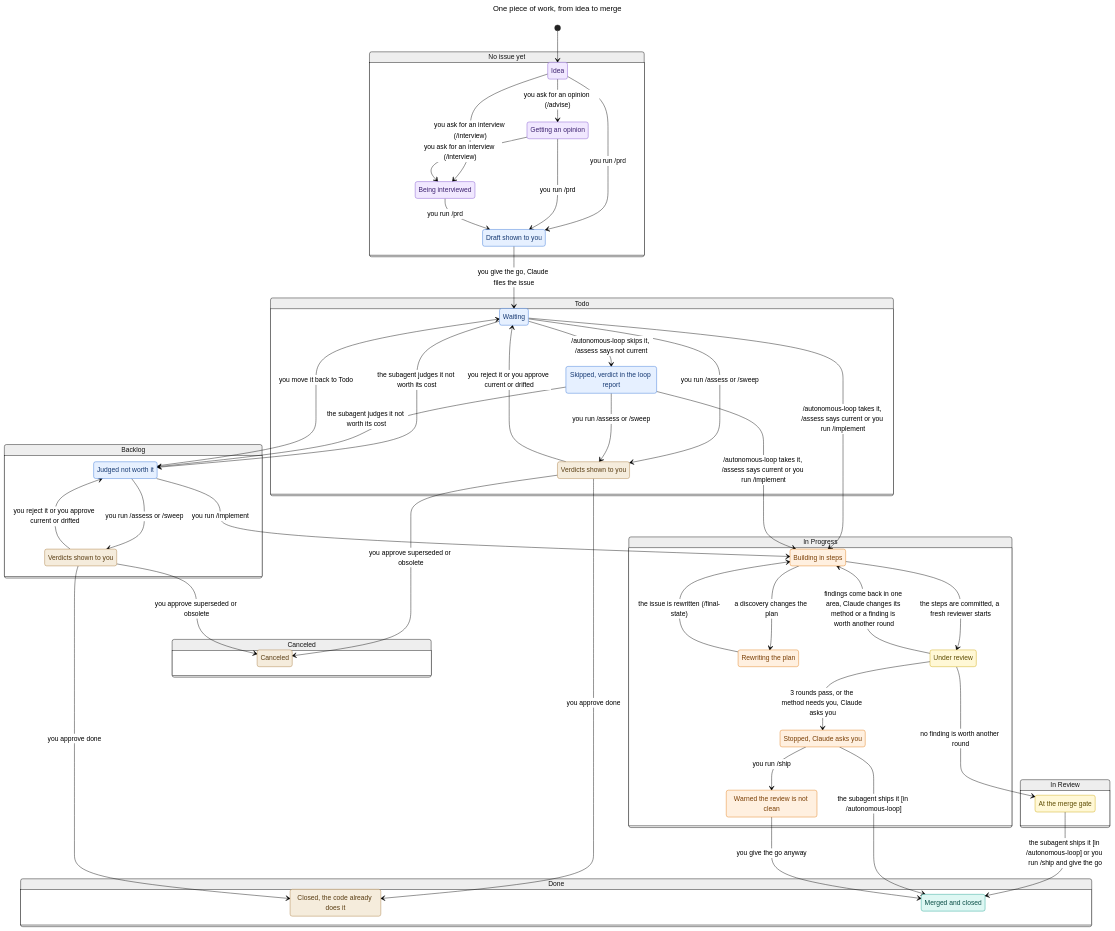
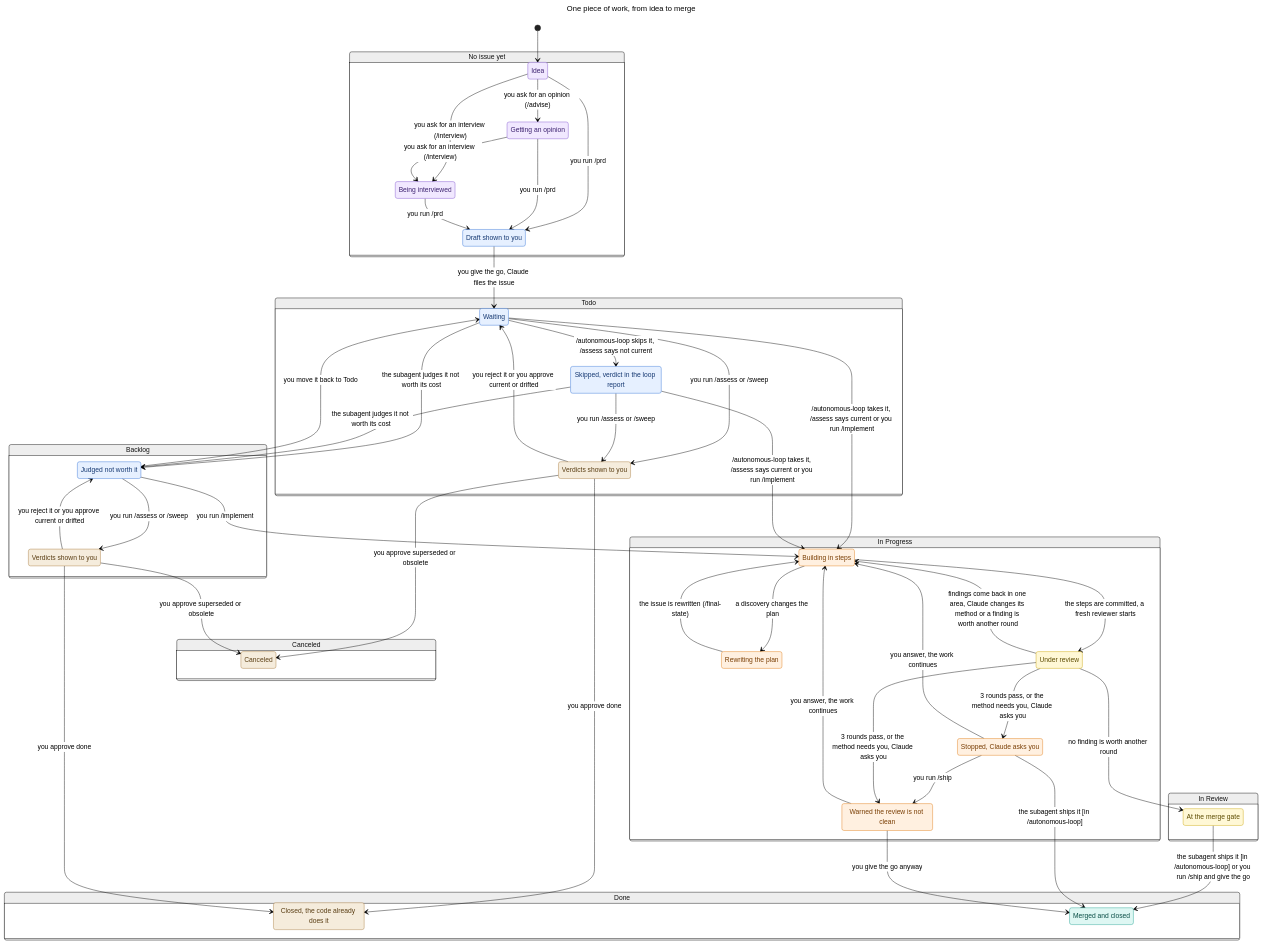
The second of 2 diagrams in README.md (felipeam86/pipe-skills), drawn with Mermaid (neutral theme) before and after one commit. The commit also changed other lines of this file and 2 other files, not shown here.

Commit message:
GH-10: Show in the chart that the work continues after you answer
Review round 2 found that the stop where Claude asks the user had no path back to building, so an answer such as "use method X" could only lead to ship. The model now has the transition "you answer, the work continues" from the stop, in manual mode.

Validation: TLC holds every rule and finds no deadlock on Lifecycle.cfg and Lifecycle-main.cfg. Both charts changed: a new edge from the stop back to building, and in the full chart also from the warned state, and an edge from review to the warned state after such a return. Both charts in README.md equal the TLC output, with the README colors. No skill text changed.

```diff
--- a/README.md
+++ b/README.md
@@ -182,14 +183,17 @@
   s17 --> s21: you approve done
   s24 --> s22: the subagent ships it [in /autonomous-loop] or you run /ship and give the go
   s13 --> s22: the subagent ships it [in /autonomous-loop]
+  s13 --> s10: you answer, the work continues
   s13 --> s14: you run /ship
+  s14 --> s10: you answer, the work continues
   s14 --> s22: you give the go anyway
+  s12 --> s14: 3 rounds pass, or the method needs you, Claude asks you
   classDef purple fill:#f1e8ff,stroke:#7c4dcc,color:#3d2370
   classDef blue fill:#e6f0ff,stroke:#2f6fd6,color:#173a73
+  classDef tan fill:#f5ecdc,stroke:#a6793a,color:#5a3e14
   classDef orange fill:#fff0e0,stroke:#e07a10,color:#7a3f05
   classDef yellow fill:#fff8d6,stroke:#c9a400,color:#5c4b00
   classDef teal fill:#def7f3,stroke:#1a9e8f,color:#0b4f47
-  classDef tan fill:#f5ecdc,stroke:#a6793a,color:#5a3e14
   class s1 purple
   class s2 purple
   class s3 blue
```
